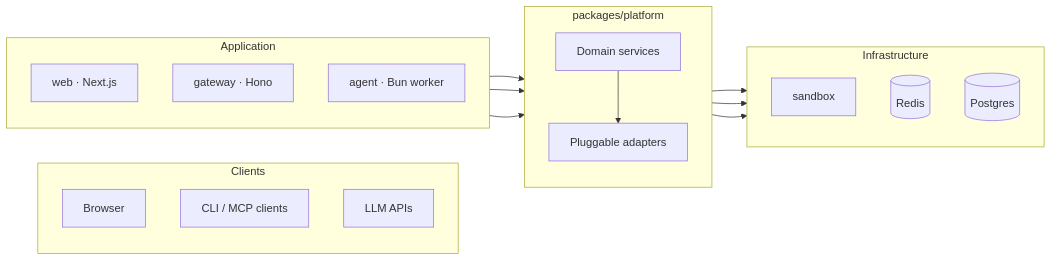
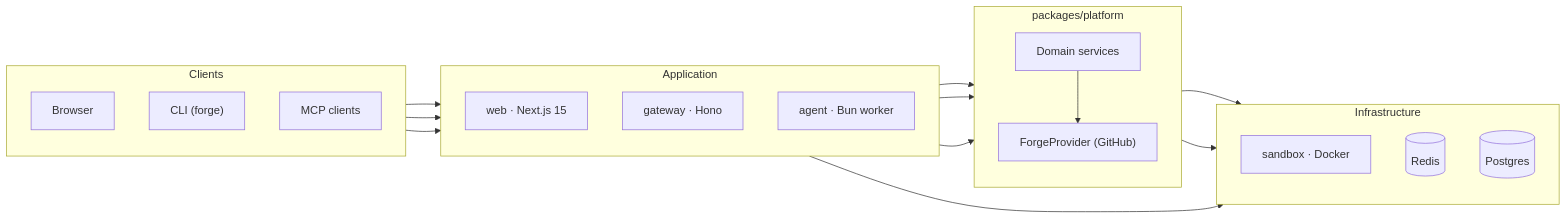
The diagram in README.md (jacobprall/render-coding-agents), drawn with Mermaid before and after one commit. The commit also changed other lines of this file and 2 other files, not shown here.

````diff
--- a/README.md
+++ b/README.md
@@ -16,37 +16,40 @@
 ```mermaid
 graph LR
     subgraph Clients
         direction TB
         Browser["Browser"]
-        CLI["CLI / MCP clients"]
-        LLM["LLM APIs"]
+        CLI["CLI (forge)"]
+        MCP["MCP clients"]
     end
 
     subgraph Application
         direction TB
-        Web["web · Next.js"]
+        Web["web · Next.js 15"]
         Gateway["gateway · Hono"]
         Agent["agent · Bun worker"]
     end
 
     subgraph Platform["packages/platform"]
         direction TB
         Services["Domain services"]
-        Adapters["Pluggable adapters"]
+        Forge["ForgeProvider (GitHub)"]
     end
 
     subgraph Infrastructure
         direction TB
-        Sandbox["sandbox"]
+        Sandbox["sandbox · Docker"]
         Redis[("Redis")]
         Postgres[("Postgres")]
     end
 
+    Browser --> Web
+    CLI --> Gateway
+    MCP --> Gateway
     Web --> Services
     Gateway --> Services
     Agent --> Services
-    Services --> Adapters
-    Adapters --> Sandbox
-    Adapters --> Redis
-    Adapters --> Postgres
+    Services --> Forge
+    Agent --> Sandbox
+    Services --> Redis
+    Services --> Postgres
 ```
````
